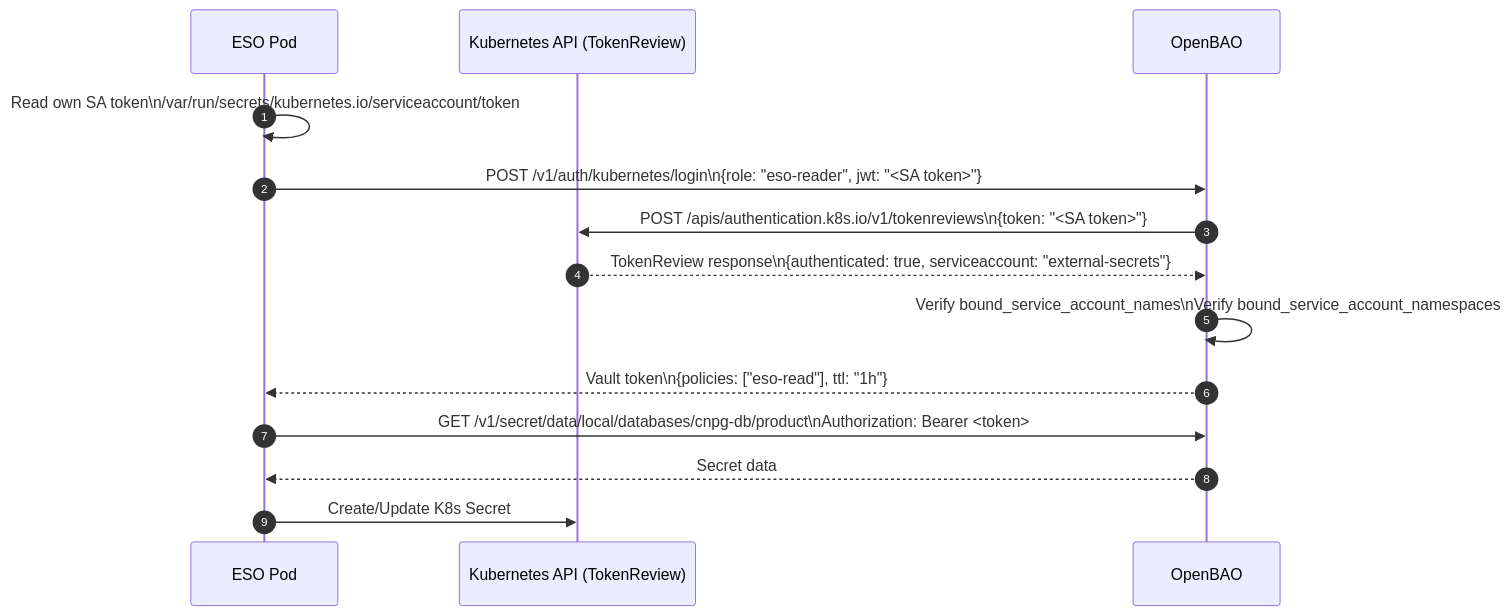
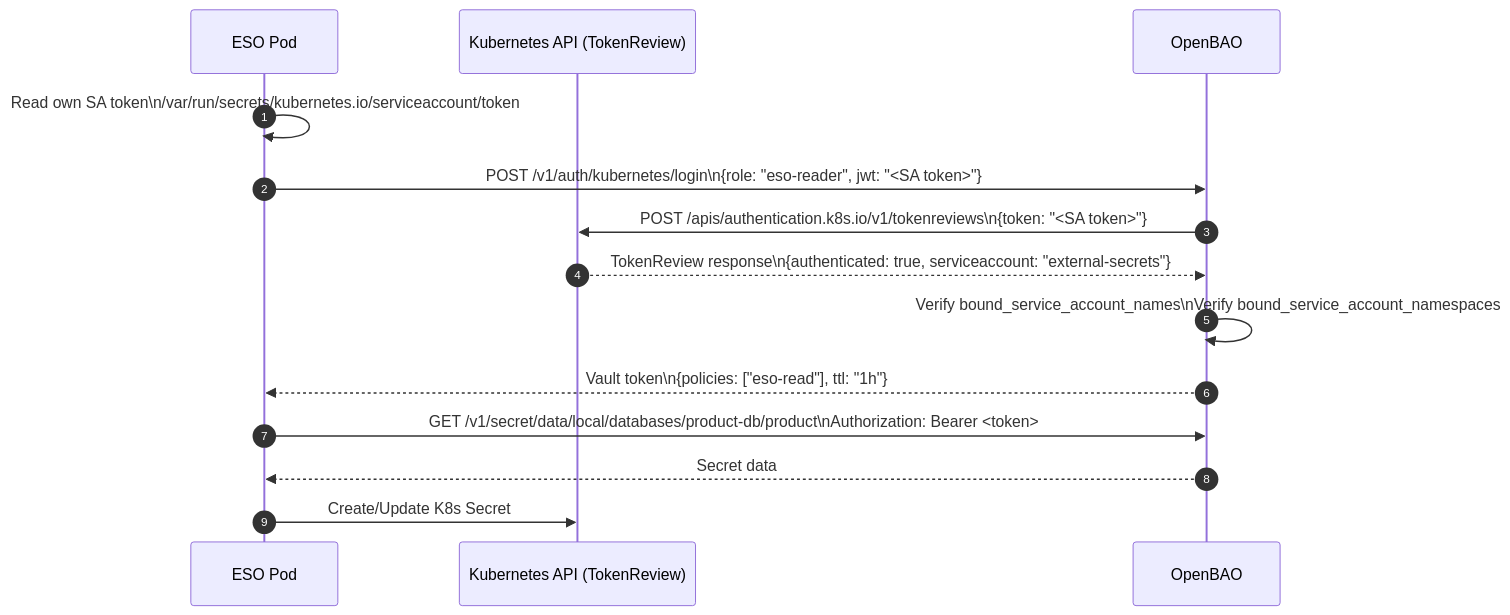
The fifth of 18 diagrams in docs/secrets/README.md (duynhlab/homelab), drawn with Mermaid before and after one commit. The commit also changed other lines of this file and 15 other files, not shown here.

````diff
--- a/docs/secrets/README.md
+++ b/docs/secrets/README.md
@@ -285,17 +285,17 @@
 ```mermaid
 sequenceDiagram
     autonumber
     participant ESO as ESO Pod
     participant K8s as Kubernetes API (TokenReview)
     participant BAO as OpenBAO
 
     ESO->>ESO: Read own SA token\n/var/run/secrets/kubernetes.io/serviceaccount/token
     ESO->>BAO: POST /v1/auth/kubernetes/login\n{role: "eso-reader", jwt: "<SA token>"}
     BAO->>K8s: POST /apis/authentication.k8s.io/v1/tokenreviews\n{token: "<SA token>"}
     K8s-->>BAO: TokenReview response\n{authenticated: true, serviceaccount: "external-secrets"}
     BAO->>BAO: Verify bound_service_account_names\nVerify bound_service_account_namespaces
     BAO-->>ESO: Vault token\n{policies: ["eso-read"], ttl: "1h"}
-    ESO->>BAO: GET /v1/secret/data/local/databases/cnpg-db/product\nAuthorization: Bearer <token>
+    ESO->>BAO: GET /v1/secret/data/local/databases/product-db/product\nAuthorization: Bearer <token>
     BAO-->>ESO: Secret data
     ESO->>K8s: Create/Update K8s Secret
 ```
````
